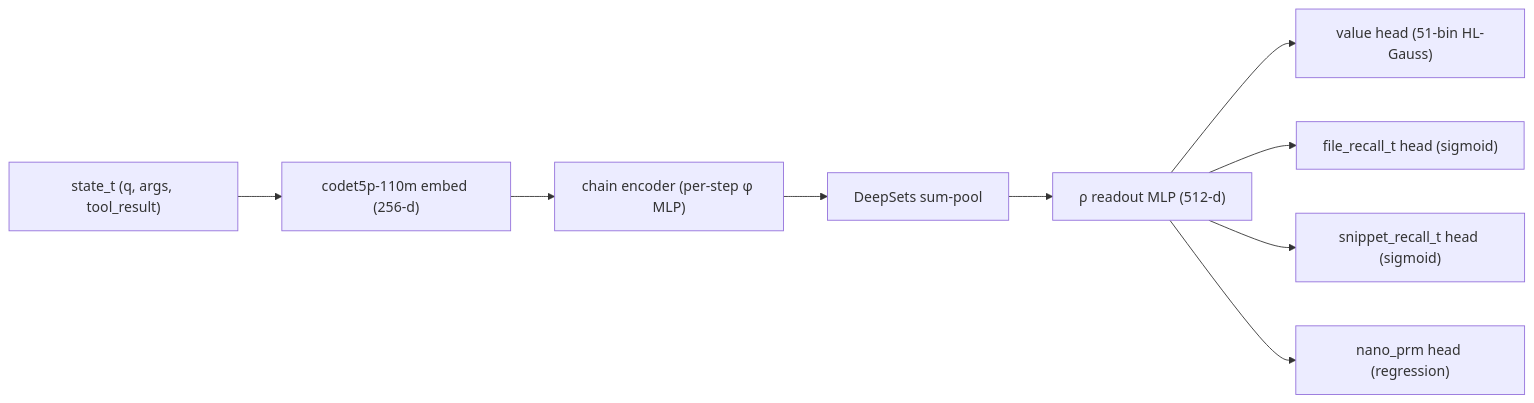
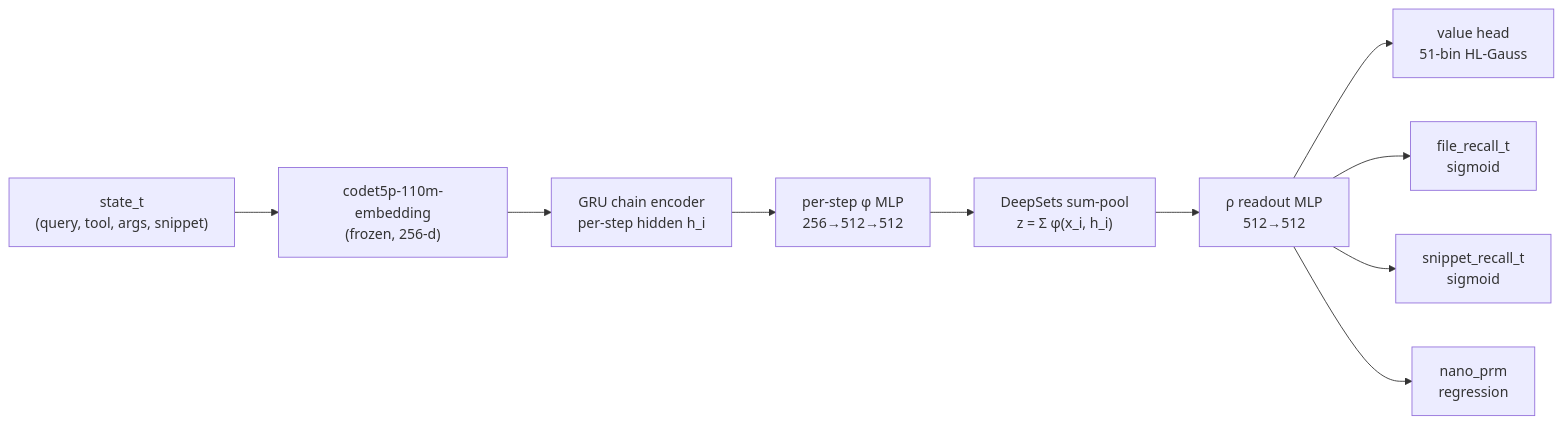
One commit to samrathchadha/perseusresearch changed the first of 2 diagrams in src/content/essays/wm-v3-chain-deepsets.mdx. Above: the diagram before and after it, drawn with Mermaid. The commit also changed other lines of this file and 27 other files, not shown here.

````diff
--- a/src/content/essays/wm-v3-chain-deepsets.mdx
+++ b/src/content/essays/wm-v3-chain-deepsets.mdx
@@ -268,11 +117,12 @@
 ```mermaid
 flowchart LR
-    S["state_t (q, args, tool_result)"] --> E["codet5p-110m embed (256-d)"]
-    E --> CH["chain encoder (per-step φ MLP)"]
-    CH --> POOL["DeepSets sum-pool"]
-    POOL --> RHO["ρ readout MLP (512-d)"]
-    RHO --> H1["value head (51-bin HL-Gauss)"]
-    RHO --> H2["file_recall_t head (sigmoid)"]
-    RHO --> H3["snippet_recall_t head (sigmoid)"]
-    RHO --> H4["nano_prm head (regression)"]
+    S["state_t<br/>(query, tool, args, snippet)"] --> E["codet5p-110m-embedding<br/>(frozen, 256-d)"]
+    E --> G["GRU chain encoder<br/>per-step hidden h_i"]
+    G --> PHI["per-step φ MLP<br/>256→512→512"]
+    PHI --> POOL["DeepSets sum-pool<br/>z = Σ φ(x_i, h_i)"]
+    POOL --> RHO["ρ readout MLP<br/>512→512"]
+    RHO --> H1["value head<br/>51-bin HL-Gauss"]
+    RHO --> H2["file_recall_t<br/>sigmoid"]
+    RHO --> H3["snippet_recall_t<br/>sigmoid"]
+    RHO --> H4["nano_prm<br/>regression"]
 ```
````
